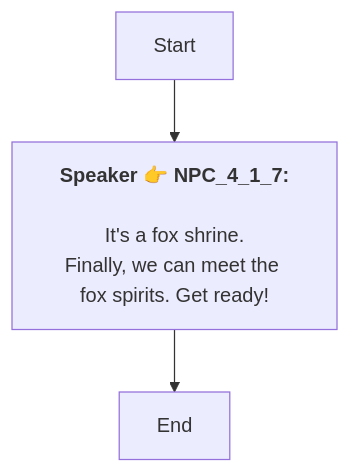
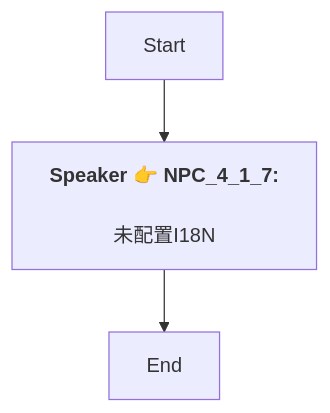
The diagram in Zh/QuestApproachDialogNode_1773746096065855.md (SoftHu/tos_avg), drawn with Mermaid before and after one commit. The commit also changed 780 other files, not shown here.

````diff
--- a/Zh/QuestApproachDialogNode_1773746096065855.md
+++ b/Zh/QuestApproachDialogNode_1773746096065855.md
@@ -1,8 +1,7 @@
 ```mermaid
 graph
 Start -->1773746131565890[<b>Speaker 👉 NPC_4_1_7:</b>
-\nIt's a fox shrine.
-Finally, we can meet the fox spirits. Get ready!]
+\n未配置I18N]
 1773746131565890 -->1773746142419268[End]
 
 ```
````
